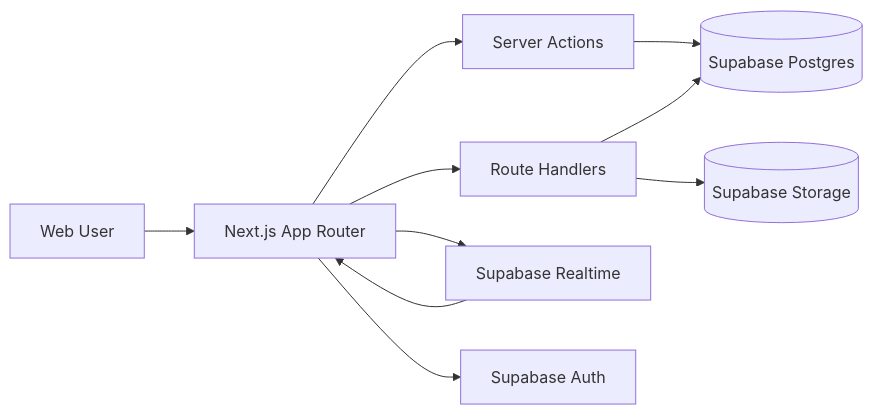
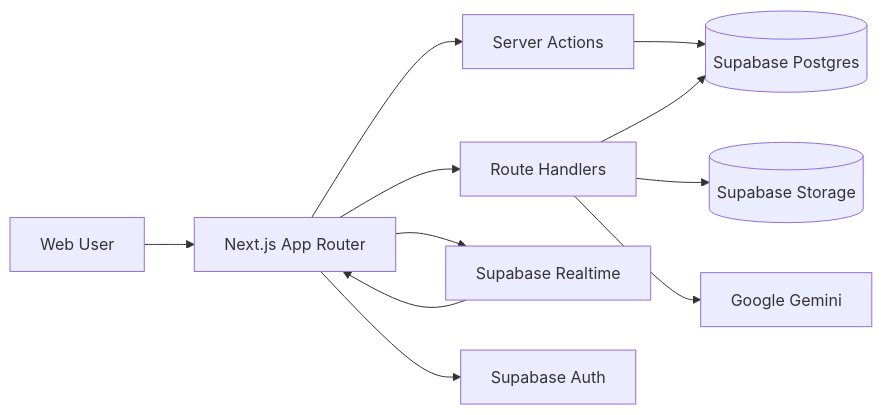
The second of 2 diagrams in README.md (MrBinary15/AphelliumPlatform-Portfolio), drawn with Mermaid before and after one commit. The commit also changed other lines of this file and 46 other files, not shown here.

````diff
--- a/README.md
+++ b/README.md
@@ -209,12 +315,13 @@
 ```mermaid
 flowchart LR
-		U[Web User] --> N[Next.js App Router]
-		N --> SA[Server Actions]
-		N --> API[Route Handlers]
-		SA --> SDB[(Supabase Postgres)]
-		API --> SDB
-		API --> SST[(Supabase Storage)]
-		N --> SR[Supabase Realtime]
-		SR --> N
-		N --> AUTH[Supabase Auth]
+    U[Web User] --> N[Next.js App Router]
+    N --> SA[Server Actions]
+    N --> API[Route Handlers]
+    SA --> SDB[(Supabase Postgres)]
+    API --> SDB
+    API --> SST[(Supabase Storage)]
+    N --> SR[Supabase Realtime]
+    SR --> N
+    N --> AUTH[Supabase Auth]
+    API --> AI[Google Gemini]
 ```
````
